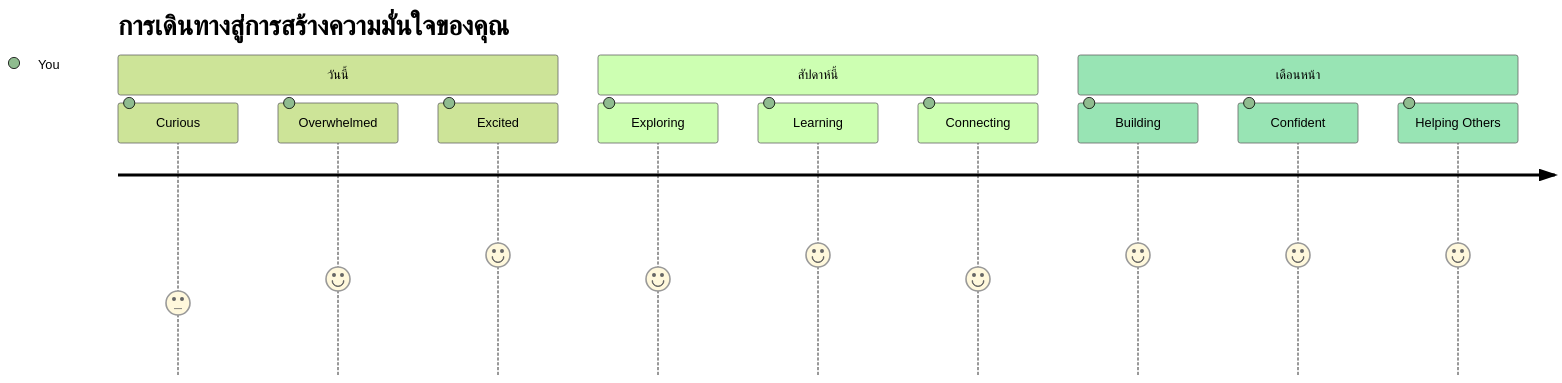
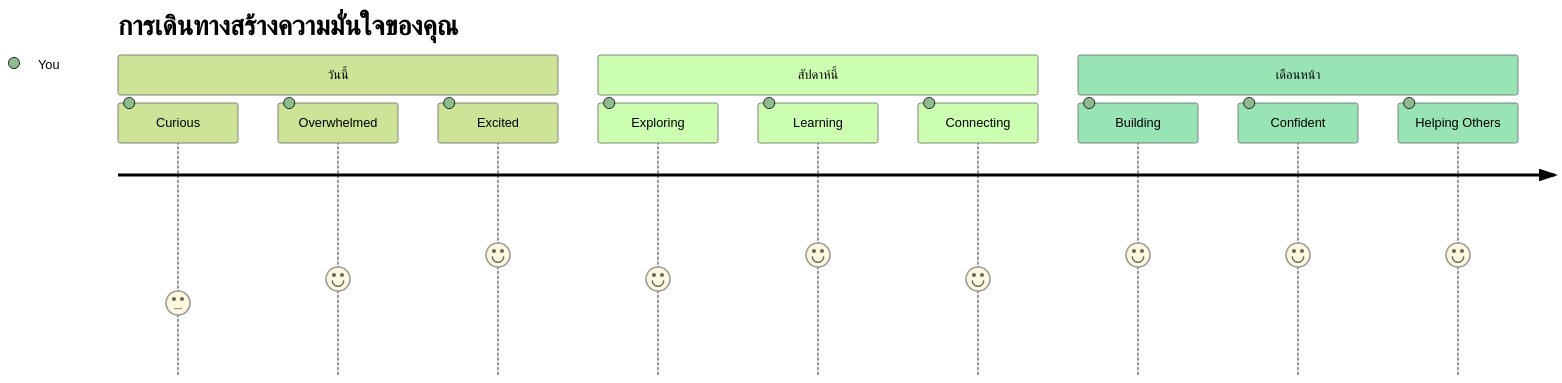
The seventh of 7 diagrams in translations/th/1-getting-started-lessons/1-intro-to-programming-languages/README.md (microsoft/Web-Dev-For-Beginners), drawn with Mermaid (forest theme) before and after one commit. The commit also changed other lines of this file and 8 other files, not shown here.

````diff
--- a/translations/th/1-getting-started-lessons/1-intro-to-programming-languages/README.md
+++ b/translations/th/1-getting-started-lessons/1-intro-to-programming-languages/README.md
@@ -829,16 +827,16 @@
 ```mermaid
 journey
-    title การเดินทางสู่การสร้างความมั่นใจของคุณ
+    title การเดินทางสร้างความมั่นใจของคุณ
     section วันนี้
       Curious: 3: You
       Overwhelmed: 4: You
       Excited: 5: You
     section สัปดาห์นี้
       Exploring: 4: You
       Learning: 5: You
       Connecting: 4: You
     section เดือนหน้า
       Building: 5: You
       Confident: 5: You
       Helping Others: 5: You
 ```
````
